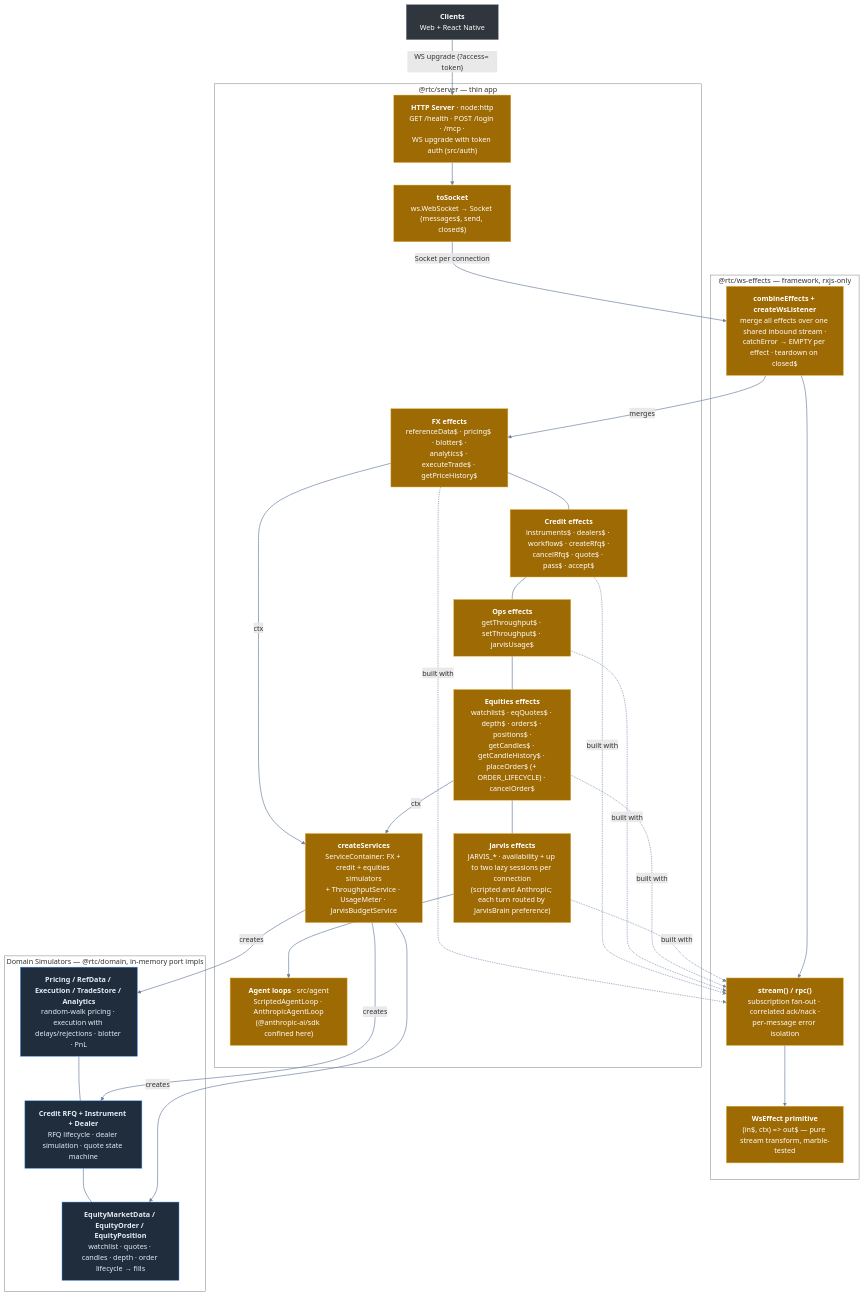
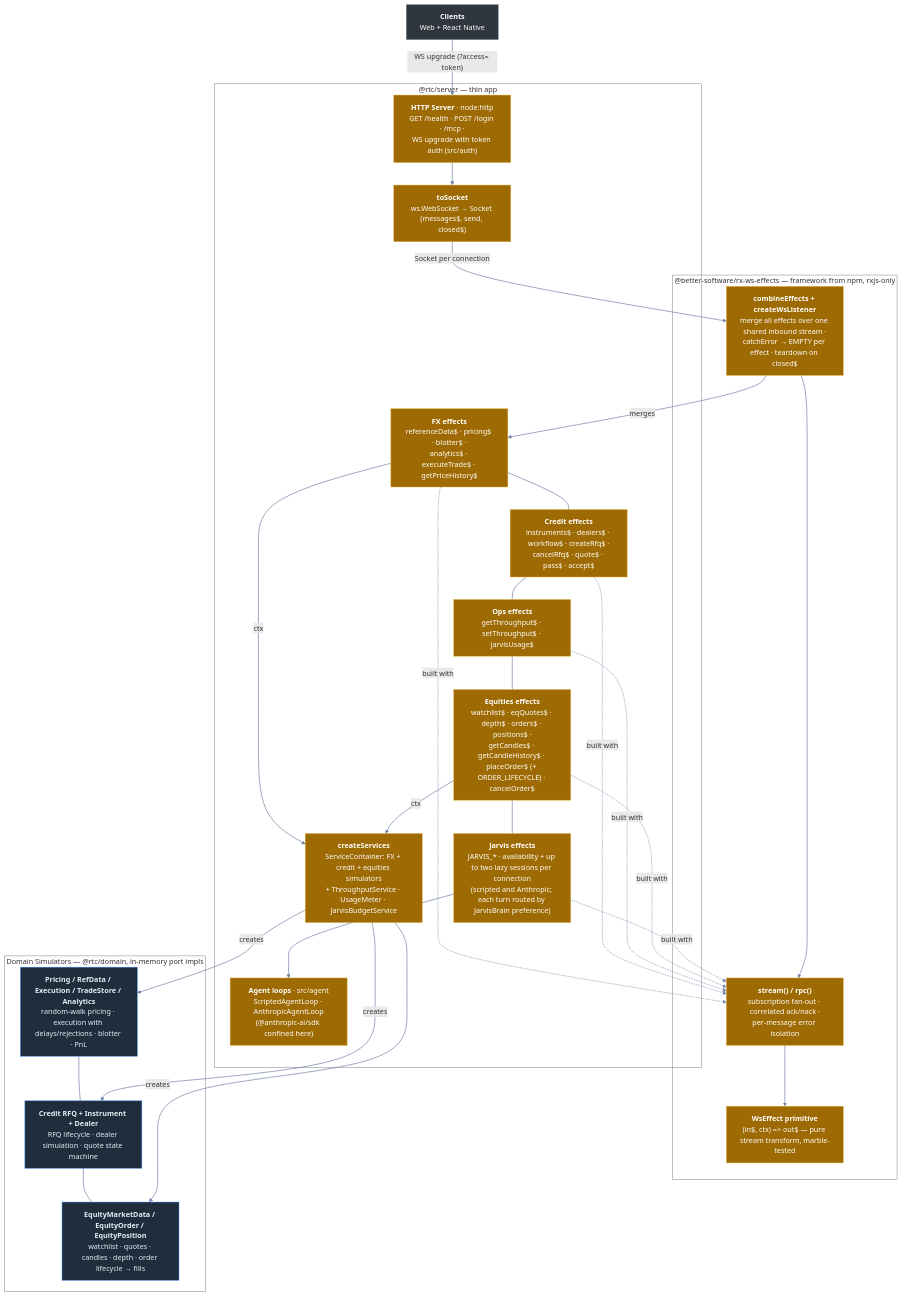
The seventh of 7 diagrams in docs/architecture/02-c4-model.md (bettersoftware-io/ReactiveTraderCloudClone), drawn with Mermaid before and after one commit. The commit also changed other lines of this file and 73 other files, not shown here.

First line of the commit message:
refactor(server): run on @better-software/rx-ws-effects from npm, delete packages/ws-effects

````diff
--- a/docs/architecture/02-c4-model.md
+++ b/docs/architecture/02-c4-model.md
@@ -407,51 +407,51 @@
 ```mermaid
 flowchart TB
     client["<b>Clients</b><br/>Web + React Native"]:::actor
 
     subgraph srv["@rtc/server — thin app"]
         http["<b>HTTP Server</b> · node:http<br/>GET /health · POST /login · /mcp ·<br/>WS upgrade with token auth (src/auth)"]:::server
         toSocket["<b>toSocket</b><br/>ws.WebSocket → Socket (messages$, send, closed$)"]:::server
         fxFx["<b>FX effects</b><br/>referenceData$ · pricing$ · blotter$ ·<br/>analytics$ · executeTrade$ · getPriceHistory$"]:::server
         fxCredit["<b>Credit effects</b><br/>instruments$ · dealers$ · workflow$ · createRfq$ ·<br/>cancelRfq$ · quote$ · pass$ · accept$"]:::server
         fxOps["<b>Ops effects</b><br/>getThroughput$ · setThroughput$ · jarvisUsage$"]:::server
         fxEq["<b>Equities effects</b><br/>watchlist$ · eqQuotes$ · depth$ · orders$ · positions$ ·<br/>getCandles$ · getCandleHistory$ · placeOrder$ (+ ORDER_LIFECYCLE) · cancelOrder$"]:::server
         fxJarvis["<b>Jarvis effects</b><br/>JARVIS_* · availability + up to two lazy sessions per connection<br/>(scripted and Anthropic; each turn routed by JarvisBrain preference)"]:::server
         agent["<b>Agent loops</b> · src/agent<br/>ScriptedAgentLoop · AnthropicAgentLoop<br/>(@anthropic-ai/sdk confined here)"]:::server
         svcContainer["<b>createServices</b><br/>ServiceContainer: FX + credit + equities simulators<br/>+ ThroughputService · UsageMeter · JarvisBudgetService"]:::server
         http --> toSocket
         fxFx ~~~ fxCredit ~~~ fxOps ~~~ fxEq
         fxEq ~~~ fxJarvis
         fxJarvis --> agent
     end
 
-    subgraph fw["@rtc/ws-effects — framework, rxjs-only"]
+    subgraph fw["@better-software/rx-ws-effects — framework from npm, rxjs-only"]
         combine["<b>combineEffects + createWsListener</b><br/>merge all effects over one shared inbound stream ·<br/>catchError → EMPTY per effect · teardown on closed$"]:::server
         sugar["<b>stream() / rpc()</b><br/>subscription fan-out · correlated ack/nack ·<br/>per-message error isolation"]:::server
         effectType["<b>WsEffect primitive</b><br/>(in$, ctx) => out$ — pure stream transform, marble-tested"]:::server
         combine --> sugar --> effectType
     end
 
     subgraph simulators["Domain Simulators — @rtc/domain, in-memory port impls"]
         pricingSim["<b>Pricing / RefData / Execution / TradeStore / Analytics</b><br/>random-walk pricing · execution with delays/rejections · blotter · PnL"]:::domain
         rfqSim["<b>Credit RFQ + Instrument + Dealer</b><br/>RFQ lifecycle · dealer simulation · quote state machine"]:::domain
         eqSim["<b>EquityMarketData / EquityOrder / EquityPosition</b><br/>watchlist · quotes · candles · depth · order lifecycle → fills"]:::domain
         pricingSim ~~~ rfqSim ~~~ eqSim
     end
 
     client -->|"WS upgrade (?access= token)"| http
     toSocket -->|"Socket per connection"| combine
     combine -->|"merges"| fxFx
     fxFx & fxCredit & fxOps & fxEq & fxJarvis -.->|"built with"| sugar
     fxFx & fxEq -->|"ctx"| svcContainer
     svcContainer -->|"creates"| pricingSim
     svcContainer -->|"creates"| rfqSim
     svcContainer -->|"creates"| eqSim
 
     classDef actor  fill:#30363d,stroke:#8b949e,color:#ffffff
     classDef server fill:#9e6a03,stroke:#e3b341,color:#ffffff
     classDef domain fill:#1f2d3d,stroke:#4493f8,color:#e6edf3
     style srv fill:transparent,stroke:#6e7681
     style fw fill:transparent,stroke:#6e7681
     style simulators fill:transparent,stroke:#6e7681
     linkStyle default stroke:#6e7fa3,stroke-width:1.5px
 ```
````
